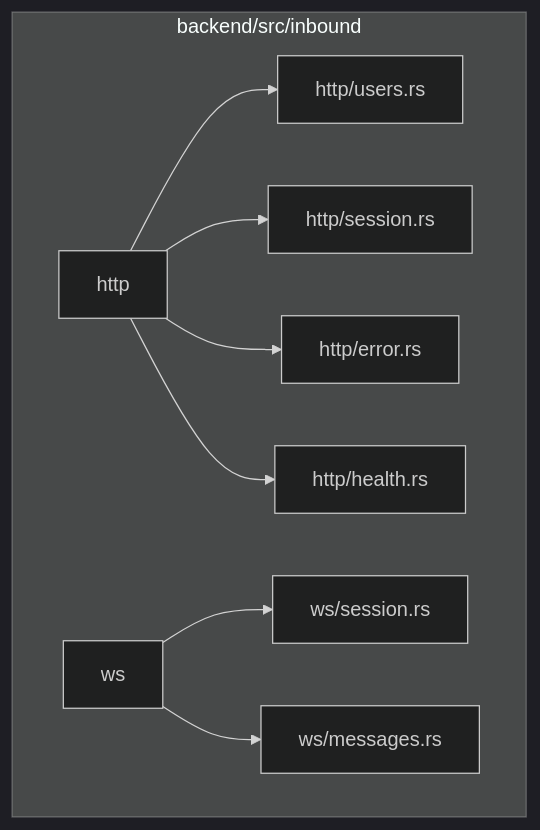
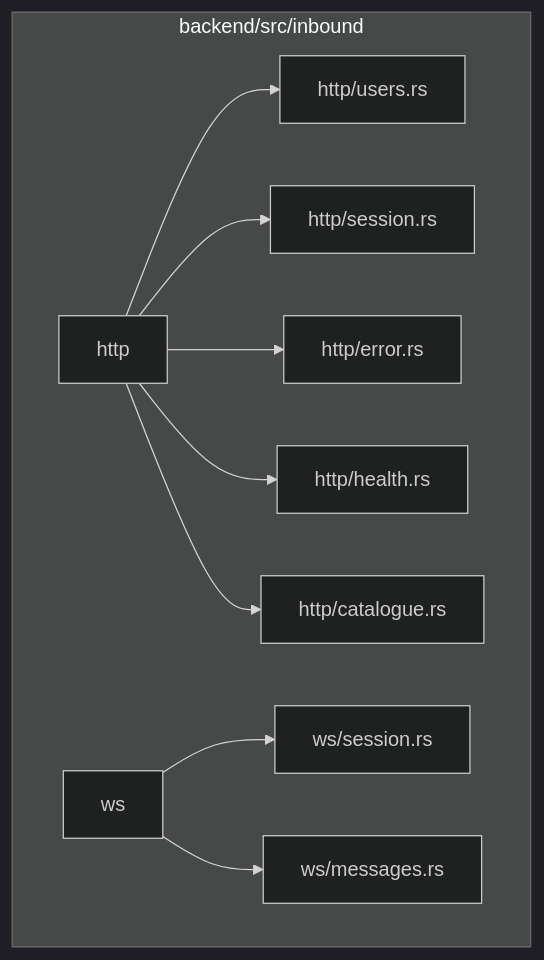
The second of 9 diagrams in docs/wildside-backend-architecture.md (leynos/wildside), drawn with Mermaid (dark theme) before and after one commit. The commit also changed other lines of this file and 28 other files, not shown here.

````diff
--- a/docs/wildside-backend-architecture.md
+++ b/docs/wildside-backend-architecture.md
@@ -156,22 +156,24 @@
 ```mermaid
 flowchart TB
     subgraph Inbound["backend/src/inbound"]
         Http["http"]
         HttpUsers["http/users.rs"]
         HttpSession["http/session.rs"]
         HttpError["http/error.rs"]
         HttpHealth["http/health.rs"]
+        HttpCatalogue["http/catalogue.rs"]
 
         Ws["ws"]
         WsSession["ws/session.rs"]
         WsMessages["ws/messages.rs"]
     end
 
     Http --> HttpUsers
     Http --> HttpSession
     Http --> HttpError
     Http --> HttpHealth
+    Http --> HttpCatalogue
 
     Ws --> WsSession
     Ws --> WsMessages
 ```
````
